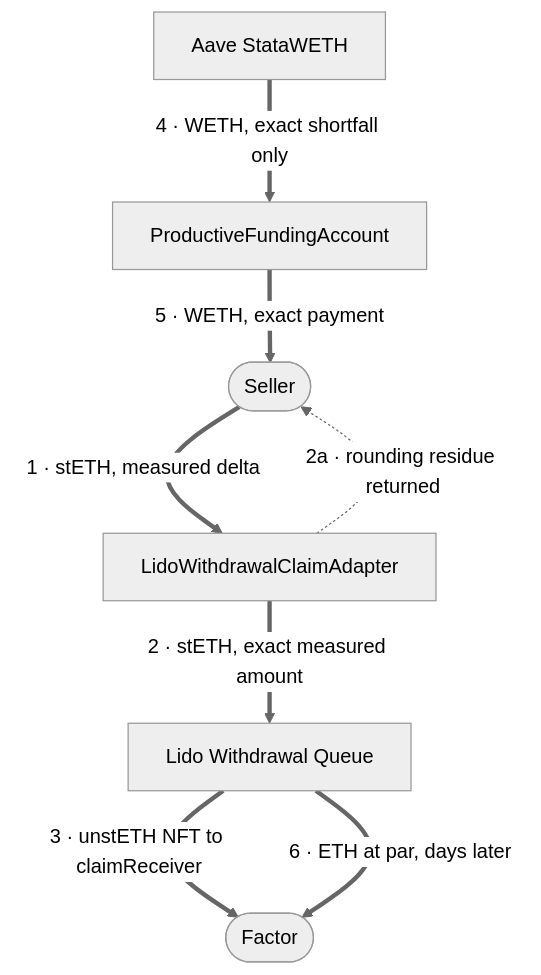
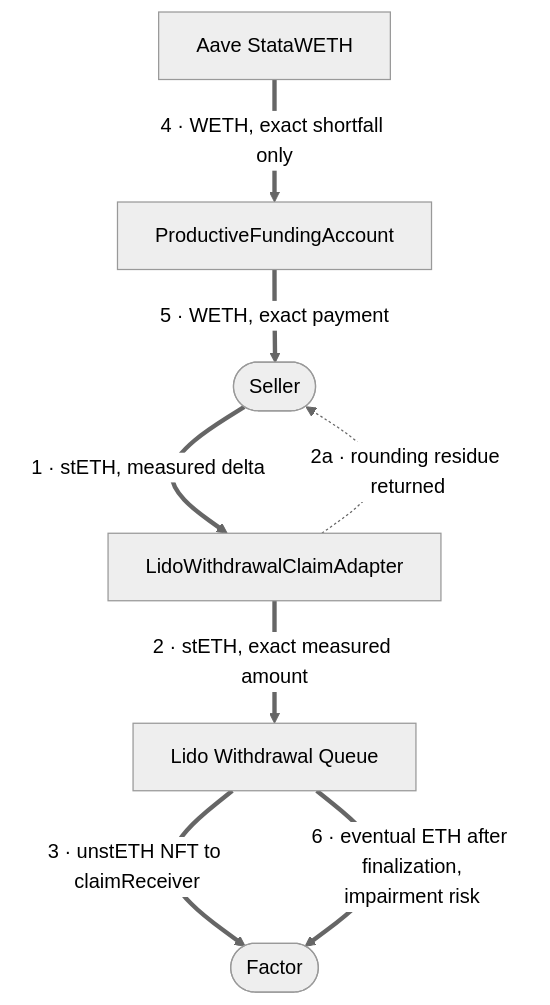
Before and after one commit to zkoranges/intentional: the third of 12 diagrams in docs/FUNDS_FLOW.md, drawn with Mermaid (neutral theme). The commit also changed other lines of this file and 3 other files, not shown here.

First line of the commit message:
docs: retired-status truth pass over submission, activation, demo, and funds-flow docs

````diff
--- a/docs/FUNDS_FLOW.md
+++ b/docs/FUNDS_FLOW.md
@@ -120,17 +121,17 @@
 ```mermaid
 flowchart TB
     SELLER(["Seller"])
     ADAPTER["LidoWithdrawalClaimAdapter"]
     QUEUE["Lido Withdrawal Queue"]
     FACTOR(["Factor"])
     AAVE["Aave StataWETH"]
     FUND["ProductiveFundingAccount"]
 
     SELLER ==>|"1 · stETH, measured delta"| ADAPTER
     ADAPTER ==>|"2 · stETH, exact measured amount"| QUEUE
     ADAPTER -.->|"2a · rounding residue returned"| SELLER
     QUEUE ==>|"3 · unstETH NFT to claimReceiver"| FACTOR
     AAVE ==>|"4 · WETH, exact shortfall only"| FUND
     FUND ==>|"5 · WETH, exact payment"| SELLER
-    QUEUE ==>|"6 · ETH at par, days later"| FACTOR
+    QUEUE ==>|"6 · eventual ETH after finalization,<br/>impairment risk"| FACTOR
 ```
````
